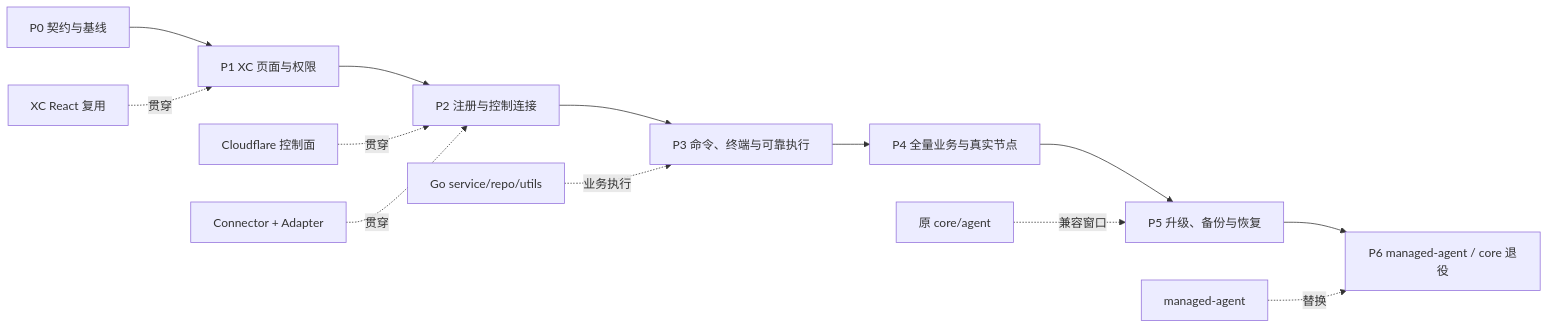
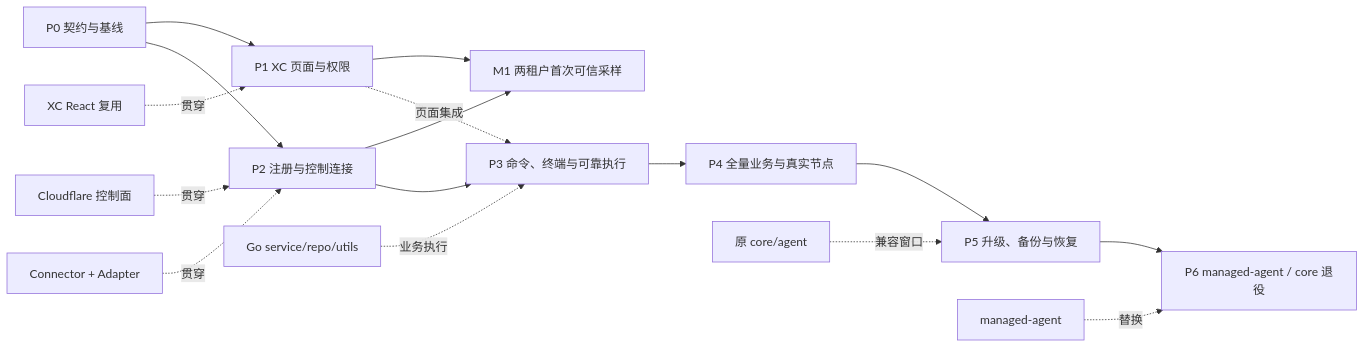
The ninth of 14 diagrams in docs/technical-plan.md (XCAngelWatch/AngelFleetPRD), drawn with Mermaid before and after one commit. The commit also changed other lines of this file and 12 other files, not shown here.

````diff
--- a/docs/technical-plan.md
+++ b/docs/technical-plan.md
@@ -427,15 +397,18 @@
 ```mermaid
 flowchart LR
     P0[P0 契约与基线] --> P1[P1 XC 页面与权限]
-    P1 --> P2[P2 注册与控制连接]
+    P0 --> P2[P2 注册与控制连接]
+    P1 --> M1[M1 两租户首次可信采样]
+    P2 --> M1
     P2 --> P3[P3 命令、终端与可靠执行]
+    P1 -.页面集成.-> P3
     P3 --> P4[P4 全量业务与真实节点]
     P4 --> P5[P5 升级、备份与恢复]
     P5 --> P6[P6 managed-agent / core 退役]
     UI[XC React 复用] -.贯穿.-> P1
     CF[Cloudflare 控制面] -.贯穿.-> P2
     CON[Connector + Adapter] -.贯穿.-> P2
     GO[Go service/repo/utils] -.业务执行.-> P3
     CORE[原 core/agent] -.兼容窗口.-> P5
     MANAGED[managed-agent] -.替换.-> P6
 ```
````
